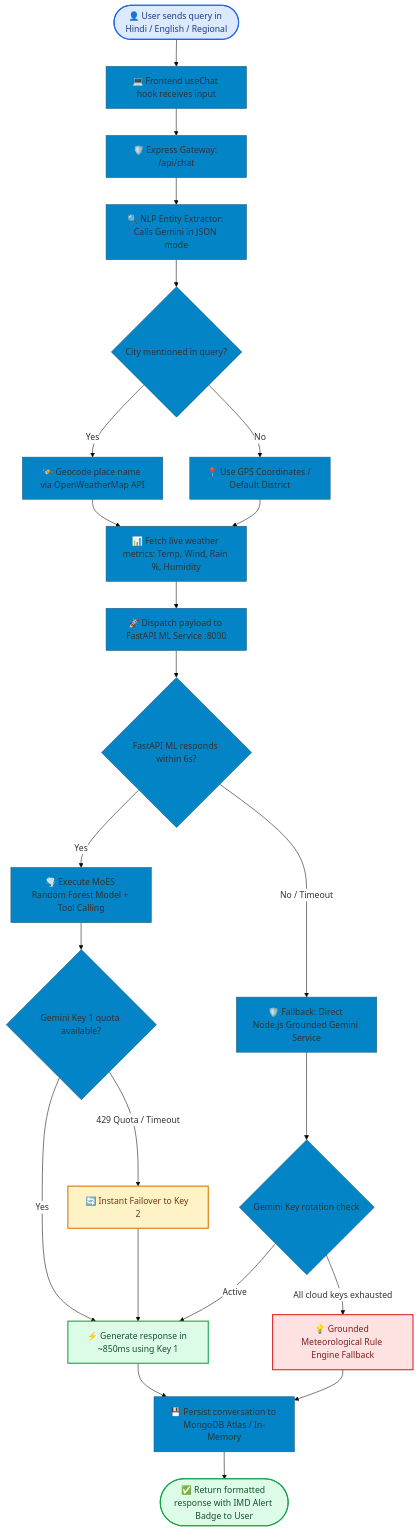
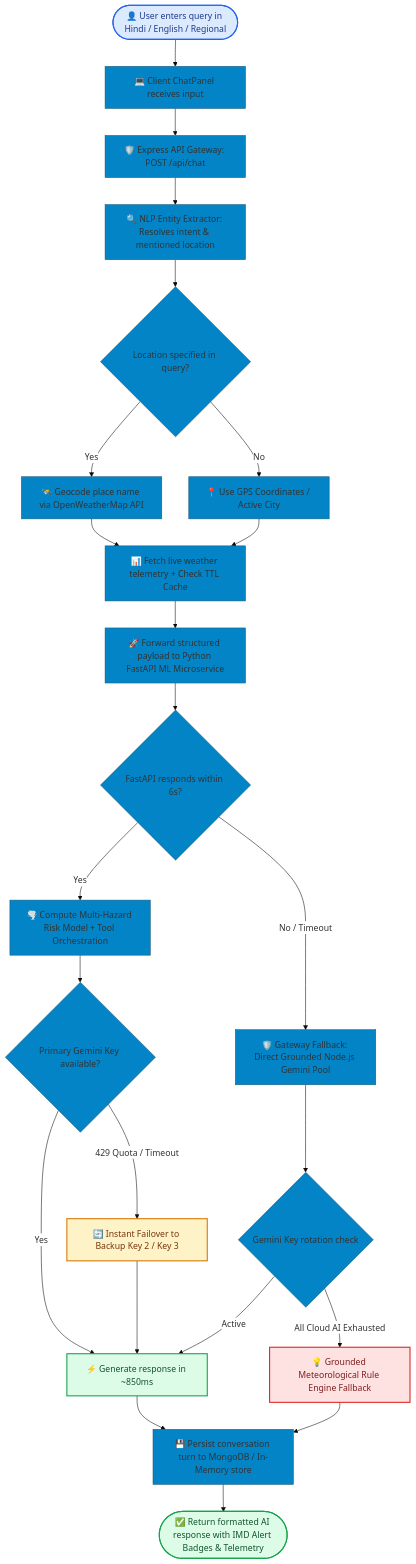
Before and after one commit to Code-AkarshMishra/WeatherGPT: the second of 2 diagrams in README.md, drawn with Mermaid. The commit also changed other lines of this file and 268 other files, not shown here.

````diff
--- a/README.md
+++ b/README.md
@@ -194,41 +199,41 @@
 ```mermaid
 %%{init: {'theme': 'base', 'themeVariables': { 'primaryColor': '#0284c7', 'edgeLabelBackground':'#ffffff'}}}%%
 flowchart TD
-    Start([👤 User sends query in Hindi / English / Regional]) --> Step1[💻 Frontend useChat hook receives input]
+    Start([👤 User enters query in Hindi / English / Regional]) --> Step1[💻 Client ChatPanel receives input]
     
-    Step1 --> Step2[🛡️ Express Gateway: /api/chat]
-    Step2 --> Step3[🔍 NLP Entity Extractor: Calls Gemini in JSON mode]
+    Step1 --> Step2[🛡️ Express API Gateway: POST /api/chat]
+    Step2 --> Step3[🔍 NLP Entity Extractor: Resolves intent & mentioned location]
     
-    Step3 --> Step4{City mentioned in query?}
+    Step3 --> Step4{Location specified in query?}
     Step4 -->|Yes| Step5[🛰️ Geocode place name via OpenWeatherMap API]
-    Step4 -->|No| Step6[📍 Use GPS Coordinates / Default District]
+    Step4 -->|No| Step6[📍 Use GPS Coordinates / Active City]
     
-    Step5 --> Step7[📊 Fetch live weather metrics: Temp, Wind, Rain %, Humidity]
+    Step5 --> Step7[📊 Fetch live weather telemetry + Check TTL Cache]
     Step6 --> Step7
     
-    Step7 --> Step8[🚀 Dispatch payload to FastAPI ML Service :8000]
+    Step7 --> Step8[🚀 Forward structured payload to Python FastAPI ML Microservice]
     
-    Step8 --> Step9{FastAPI ML responds within 6s?}
-    Step9 -->|Yes| Step10[🌪️ Execute MoES Random Forest Model + Tool Calling]
-    Step9 -->|No / Timeout| Step11[🛡️ Fallback: Direct Node.js Grounded Gemini Service]
+    Step8 --> Step9{FastAPI responds within 6s?}
+    Step9 -->|Yes| Step10[🌪️ Compute Multi-Hazard Risk Model + Tool Orchestration]
+    Step9 -->|No / Timeout| Step11[🛡️ Gateway Fallback: Direct Grounded Node.js Gemini Pool]
     
-    Step10 --> Step12{Gemini Key 1 quota available?}
-    Step12 -->|Yes| Step13[⚡ Generate response in ~850ms using Key 1]
-    Step12 -->|429 Quota / Timeout| Step14[🔄 Instant Failover to Key 2]
+    Step10 --> Step12{Primary Gemini Key available?}
+    Step12 -->|Yes| Step13[⚡ Generate response in ~850ms]
+    Step12 -->|429 Quota / Timeout| Step14[🔄 Instant Failover to Backup Key 2 / Key 3]
     Step14 --> Step13
     
     Step11 --> Step15{Gemini Key rotation check}
     Step15 -->|Active| Step13
-    Step15 -->|All cloud keys exhausted| Step16[💡 Grounded Meteorological Rule Engine Fallback]
+    Step15 -->|All Cloud AI Exhausted| Step16[💡 Grounded Meteorological Rule Engine Fallback]
     
-    Step13 --> Step17[💾 Persist conversation to MongoDB Atlas / In-Memory]
+    Step13 --> Step17[💾 Persist conversation turn to MongoDB / In-Memory store]
     Step16 --> Step17
     
-    Step17 --> Step18([✅ Return formatted response with IMD Alert Badge to User])
+    Step17 --> Step18([✅ Return formatted AI response with IMD Alert Badges & Telemetry])
     
     style Start fill:#dbeafe,stroke:#2563eb,stroke-width:2px,color:#1e3a8a
     style Step13 fill:#dcfce7,stroke:#16a34a,stroke-width:2px,color:#14532d
     style Step14 fill:#fef3c7,stroke:#d97706,stroke-width:2px,color:#78350f
     style Step16 fill:#fee2e2,stroke:#dc2626,stroke-width:2px,color:#7f1d1d
     style Step18 fill:#dcfce7,stroke:#16a34a,stroke-width:2px,color:#14532d
 ```
````
